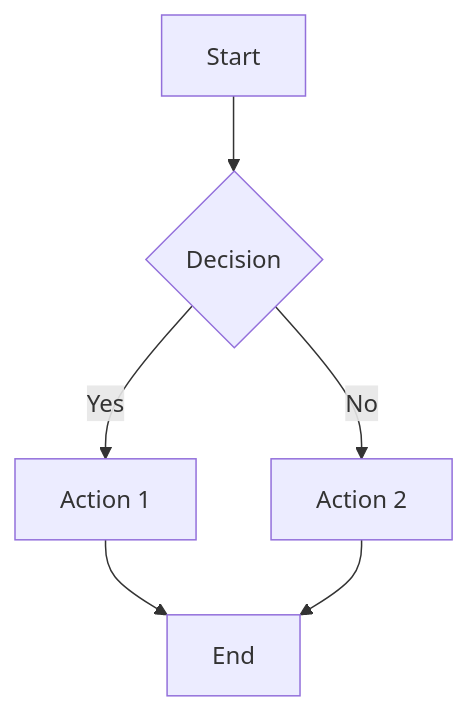
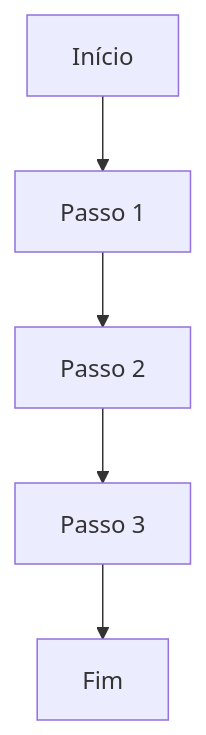
One commit to marciocar/onion-cursor changed the fourth of 26 diagrams in .cursor/agents/development/mermaid-specialist.md. Above: the diagram before and after it, drawn with Mermaid. The commit also changed other lines of this file and 2 other files, not shown here.

First line of the commit message:
feat: 🎨 Mermaid Specialist Agent - Fase 2 Concluída - AGENTE FUNCIONAL

````diff
--- a/.cursor/agents/development/mermaid-specialist.md
+++ b/.cursor/agents/development/mermaid-specialist.md
@@ -121,8 +293,7 @@
 ```mermaid
 flowchart TD
-    A[Start] --> B{Decision}
-    B -->|Yes| C[Action 1]
-    B -->|No| D[Action 2]
-    C --> E[End]
-    D --> E
+    START[Início] --> STEP1[Passo 1]
+    STEP1 --> STEP2[Passo 2]
+    STEP2 --> STEP3[Passo 3]
+    STEP3 --> END[Fim]
 ```
````
